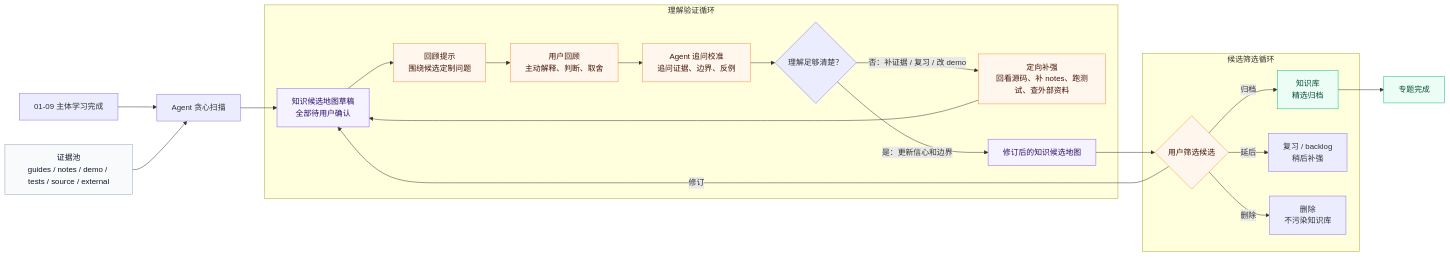
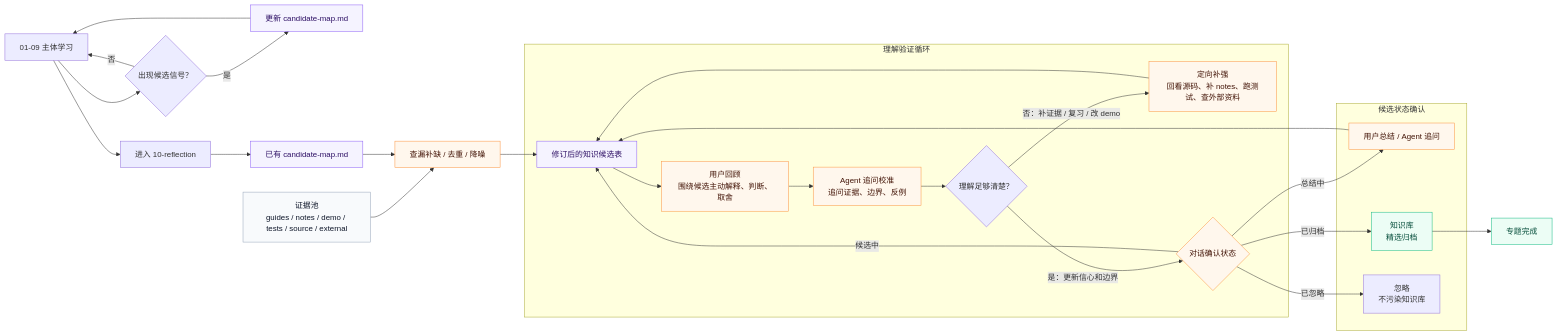
Before and after one commit to hedon954/daedalus: the diagram in docs/plan/10-reflection-knowledge-candidate-before-closeout.md, drawn with Mermaid. The commit also changed other lines of this file and 32 other files, not shown here.

First line of the commit message:
feat(learning): 滚动维护知识候选地图

````diff
--- a/docs/plan/10-reflection-knowledge-candidate-before-closeout.md
+++ b/docs/plan/10-reflection-knowledge-candidate-before-closeout.md
@@ -99,35 +95,40 @@
 ```mermaid
 flowchart LR
-    Start["01-09 主体学习完成"] --> Scan["Agent 贪心扫描"]
-    Evidence["证据池<br/>guides / notes / demo / tests / source / external"] --> Scan
-    Scan --> Map["知识候选地图草稿<br/>全部待用户确认"]
+    Study["01-09 主体学习"] --> Signal{"出现候选信号？"}
+    Signal -- "是" --> Update["更新 candidate-map.md"]
+    Signal -- "否" --> Study
+    Update --> Study
+    Study --> ReflectionGate["进入 10-reflection"]
+    ReflectionGate --> Map["已有 candidate-map.md"]
+    Evidence["证据池<br/>guides / notes / demo / tests / source / external"] --> GapCheck["查漏补缺 / 去重 / 降噪"]
+    Map --> GapCheck
+    GapCheck --> Revised["修订后的知识候选表"]
 
     subgraph ReviewLoop["理解验证循环"]
-        Map --> Prompts["回顾提示<br/>围绕候选定制问题"]
-        Prompts --> Reflection["用户回顾<br/>主动解释、判断、取舍"]
+        Revised --> Reflection["用户回顾<br/>围绕候选主动解释、判断、取舍"]
         Reflection --> Challenge["Agent 追问校准<br/>追问证据、边界、反例"]
         Challenge --> Clear{"理解足够清楚？"}
         Clear -- "否：补证据 / 复习 / 改 demo" --> Repair["定向补强<br/>回看源码、补 notes、跑测试、查外部资料"]
-        Repair --> Map
-        Clear -- "是：更新信心和边界" --> Revised["修订后的知识候选地图"]
+        Repair --> Revised
+        Clear -- "是：更新信心和边界" --> Selection{"对话确认状态"}
     end
 
-    subgraph CurationLoop["候选筛选循环"]
-        Revised --> Selection{"用户筛选候选"}
-        Selection -- "归档" --> KB["知识库<br/>精选归档"]
-        Selection -- "延后" --> Deferred["复习 / backlog<br/>稍后补强"]
-        Selection -- "删除" --> Deleted["删除<br/>不污染知识库"]
-        Selection -- "修订" --> Map
+    subgraph CurationLoop["候选状态确认"]
+        Selection -- "总结中" --> Summarizing["用户总结 / Agent 追问"]
+        Summarizing --> Revised
+        Selection -- "已归档" --> KB["知识库<br/>精选归档"]
+        Selection -- "已忽略" --> Ignored["忽略<br/>不污染知识库"]
+        Selection -- "候选中" --> Revised
     end
 
     KB --> Complete["专题完成"]
 
     classDef evidence fill:#f8fafc,stroke:#94a3b8,color:#0f172a
     classDef draft fill:#f5f3ff,stroke:#8b5cf6,color:#2e1065
     classDef loop fill:#fff7ed,stroke:#fb923c,color:#431407
     classDef archived fill:#ecfdf5,stroke:#10b981,color:#064e3b
     class Evidence evidence
-    class Map,Revised draft
-    class Prompts,Reflection,Challenge,Repair,Selection loop
+    class Map,Revised,Update draft
+    class Reflection,Challenge,Repair,Selection,Summarizing,GapCheck loop
     class KB,Complete archived
 ```
````
